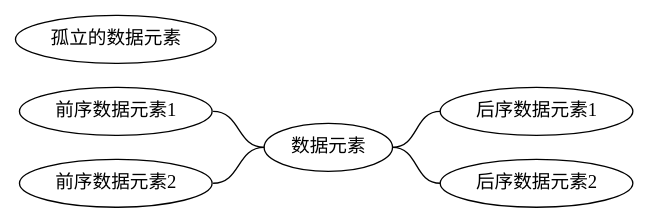
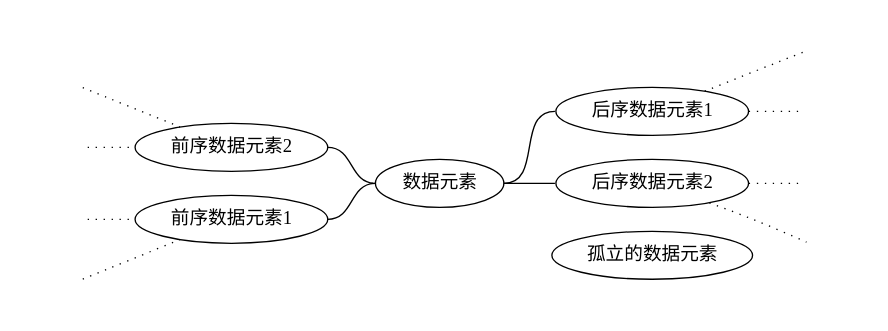
The second of 6 diagrams in src/第〇章-绪论.md (xavierwoo/data_structrues_notes), drawn with Graphviz before and after one commit. The commit also changed other lines of this file, not shown here.

Commit message:
优化图

````diff
--- a/src/第〇章-绪论.md
+++ b/src/第〇章-绪论.md
@@ -38,13 +41,27 @@
 ```dot
 graph G{
     rankdir = LR;
     datap1[label="前序数据元素1"];
     datap2[label="前序数据元素2"];
     data[label="数据元素"];
     datan1[label="后序数据元素1"];
     datan2[label="后序数据元素2"];
     datap1--data--datan1[tailport=e headport=w];
     datap2--data--datan2[tailport=e headport=w];
     datao[label="孤立的数据元素"]
+
+    N1,N2,N3,N4[style=invis]
+    N1--datap1[style=dotted]
+    N2--datap1[style=dotted]
+    N3--datap2[style=dotted]
+    N4--datap2[style=dotted]
+
+    P1,P2,P3,P4[style=invis]
+    datan1--P1 [style=dotted]
+    datan1--P2 [style=dotted]
+    datan2--P3 [style=dotted]
+    datan2--P4 [style=dotted]
+
+    data--datao [style=invis]
 }
 ```
````
